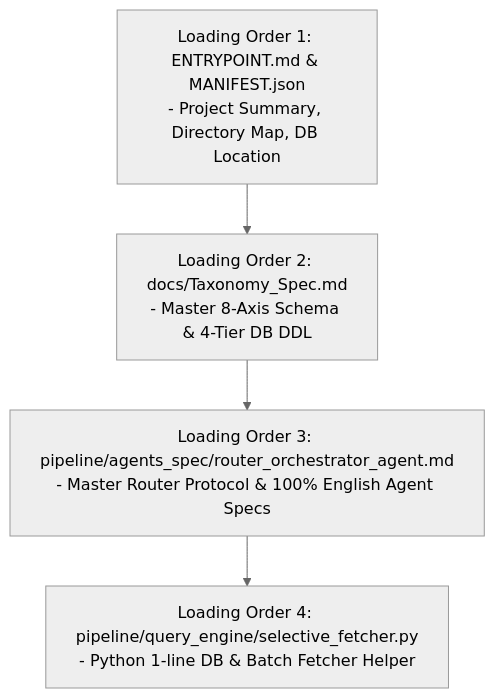
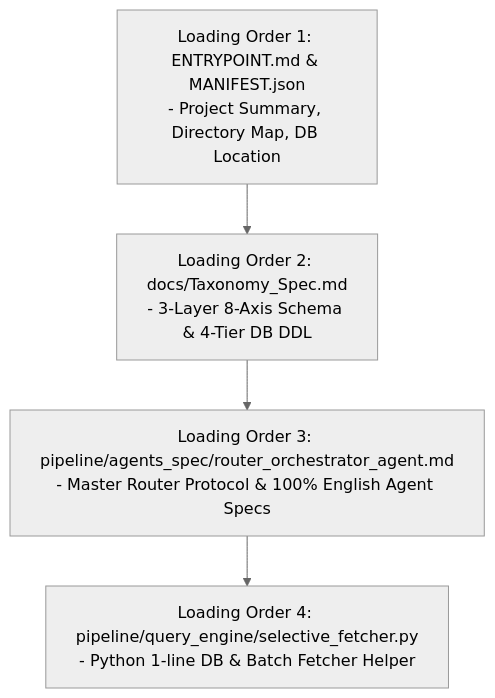
Before and after one commit to park-kyungchan/kice-math-agent-infra: the diagram in ENTRYPOINT.md, drawn with Mermaid (neutral theme). The commit also changed other lines of this file and 10 other files, not shown here.

Commit message:
feat(taxonomy): implement 3-layer architecture, 202606_15 lineage benchmark, and semantic eval harness (v2.6.0)

````diff
--- a/ENTRYPOINT.md
+++ b/ENTRYPOINT.md
@@ -17,6 +18,6 @@
 ```mermaid
 graph TD
-    LO1[Loading Order 1: ENTRYPOINT.md & MANIFEST.json<br/>- Project Summary, Directory Map, DB Location] --> LO2[Loading Order 2: docs/Taxonomy_Spec.md<br/>- Master 8-Axis Schema & 4-Tier DB DDL]
-    LO2 --> LO3[Loading Order 3: pipeline/agents_spec/router_orchestrator_agent.md<br/>- Master Router Protocol & 100% English Agent Specs]
-    LO3 --> LO4[Loading Order 4: pipeline/query_engine/selective_fetcher.py<br/>- Python 1-line DB & Batch Fetcher Helper]
+    LO1["Loading Order 1: ENTRYPOINT.md & MANIFEST.json<br/>- Project Summary, Directory Map, DB Location"] --> LO2["Loading Order 2: docs/Taxonomy_Spec.md<br/>- 3-Layer 8-Axis Schema & 4-Tier DB DDL"]
+    LO2 --> LO3["Loading Order 3: pipeline/agents_spec/router_orchestrator_agent.md<br/>- Master Router Protocol & 100% English Agent Specs"]
+    LO3 --> LO4["Loading Order 4: pipeline/query_engine/selective_fetcher.py<br/>- Python 1-line DB & Batch Fetcher Helper"]
 ```
````
